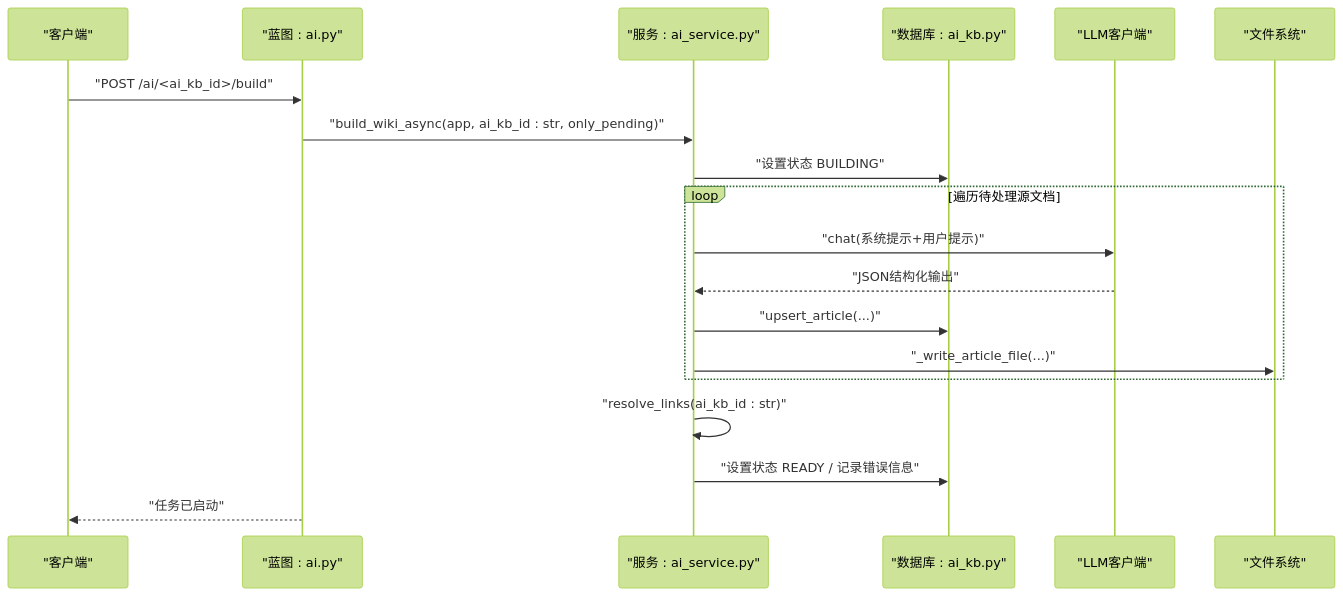
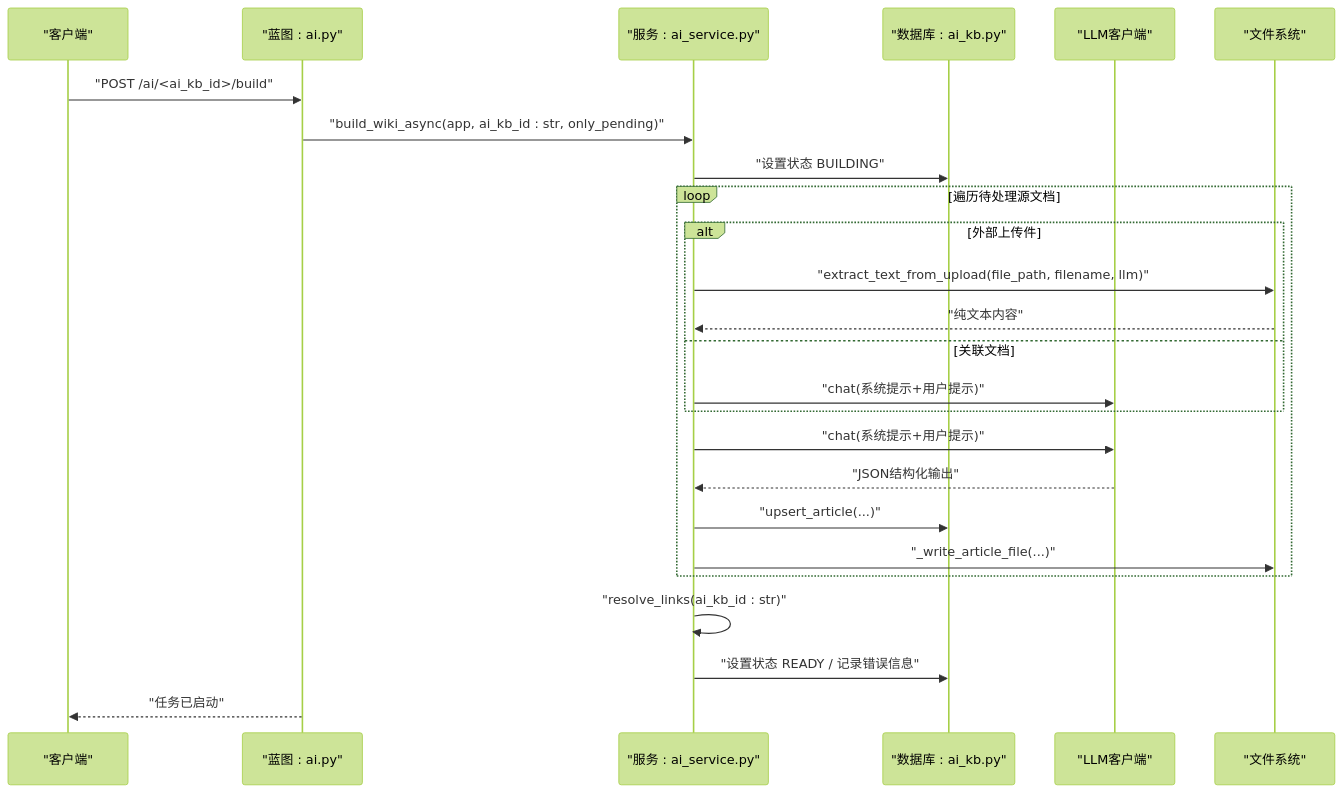
Before and after one commit to beyondalbert/my_wiki: the second of 13 diagrams in .qoder/repowiki/zh/content/核心模块/AI知识库模块/AI知识库服务层.md, drawn with Mermaid (forest theme). The commit also changed other lines of this file and 7 other files, not shown here.

````diff
--- a/.qoder/repowiki/zh/content/核心模块/AI知识库模块/AI知识库服务层.md
+++ b/.qoder/repowiki/zh/content/核心模块/AI知识库模块/AI知识库服务层.md
@@ -117,21 +128,27 @@
 ```mermaid
 sequenceDiagram
 participant Client as "客户端"
 participant BP as "蓝图 : ai.py"
 participant Svc as "服务 : ai_service.py"
 participant DB as "数据库 : ai_kb.py"
 participant LLM as "LLM客户端"
 participant FS as "文件系统"
 Client->>BP : "POST /ai/<ai_kb_id>/build"
 BP->>Svc : "build_wiki_async(app, ai_kb_id : str, only_pending)"
 Svc->>DB : "设置状态 BUILDING"
 loop 遍历待处理源文档
+alt 外部上传件
+Svc->>FS : "extract_text_from_upload(file_path, filename, llm)"
+FS-->>Svc : "纯文本内容"
+else 关联文档
+Svc->>LLM : "chat(系统提示+用户提示)"
+end
 Svc->>LLM : "chat(系统提示+用户提示)"
 LLM-->>Svc : "JSON结构化输出"
 Svc->>DB : "upsert_article(...)"
 Svc->>FS : "_write_article_file(...)"
 end
 Svc->>Svc : "resolve_links(ai_kb_id : str)"
 Svc->>DB : "设置状态 READY / 记录错误信息"
 BP-->>Client : "任务已启动"
 ```
````
